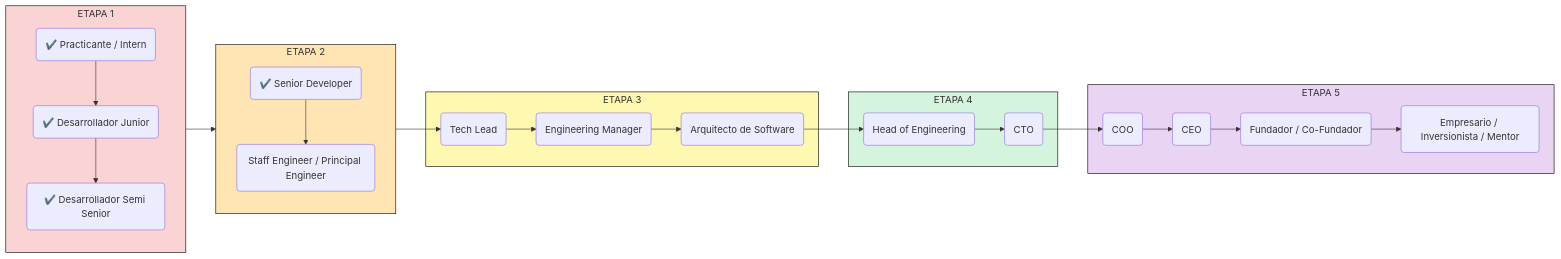
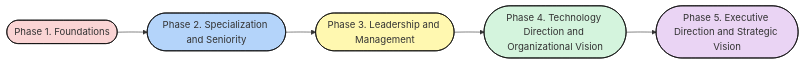
One commit to EdgarRangelInnovate/EdgarRangelInnovate changed the first of 11 diagrams in professional-path.md. Above: the diagram before and after it, drawn with Mermaid. The commit also changed other lines of this file and 3 other files, not shown here.

````diff
--- a/professional-path.md
+++ b/professional-path.md
@@ -1,57 +24,15 @@
 ```mermaid
-%%graph TD
 flowchart LR
-%%flowchart TD
-    subgraph Etapa1 [ETAPA 1]
-        direction TB
+    A([Phase 1. Foundations]) -->
+    B([Phase 2. Specialization and Seniority]) -->
+    C([Phase 3. Leadership and Management]) -->
+    D([Phase 4. Technology Direction and Organizational Vision]) -->
+    E([Phase 5. Executive Direction and Strategic Vision])
 
-        style Etapa1 fill:#FAD4D4,stroke:#000,stroke-width:1px
-
-        A1(✔️ Practicante / Intern)
-        A2(✔️ Desarrollador Junior)
-        A3(✔️ Desarrollador Semi Senior)
-    end
-
-    subgraph Etapa2 [ETAPA 2]
-        direction TB
-
-        style Etapa2 fill:#FFE5B4,stroke:#000,stroke-width:1px
-
-        B1(✔️ Senior Developer)
-        B2(Staff Engineer / Principal Engineer)
-    end
-
-    subgraph Etapa3 [ETAPA 3]
-        style Etapa3 fill:#FFF8B0,stroke:#000,stroke-width:1px
-        C1(Tech Lead) --> C2(Engineering Manager)
-        C2 --> C3(Arquitecto de Software)
-    end
-
-    subgraph Etapa4 [ETAPA 4]
-        style Etapa4 fill:#D4F4DD,stroke:#000,stroke-width:1px
-        D1(Head of Engineering) --> D2(CTO)
-    end
-
-    subgraph Etapa5 [ETAPA 5]
-        style Etapa5 fill:#EAD4F4,stroke:#000,stroke-width:1px
-        E1(COO) --> E2(CEO)
-        E2 --> E3(Fundador / Co-Fundador)
-        E3 --> E4(Empresario / Inversionista / Mentor)
-    end
-
-    %% Enlace entre nodos
-    A1 --> A2 --> A3
-    B1 --> B2
-
-    %% Enlaces entre etapas
-    A3 --> B1
-    B2 --> C1
-    C3 --> D1
-    D2 --> E1
-
-    %% Vinculos
-    click A1 "#/professional-path?id=practicante--intern-de-desarrollo-de-software" "Ir a Practicante"
-    click A2 "#/professional-path?id=desarrollador-junior-frontend-backend-o-fullstack" "Ir a Junior"
-    click A3 "#/professional-path?id=desarrollador-junior-frontend-backend-o-fullstack" "Ir a Semi-senior"
-    click B1 "#professional-path?id=etapa-2-especialización-y-seniority" "Ir a Senior"
+  %% Aplicar colores a cada nodo
+  style A fill:#FAD4D4,stroke:#000,stroke-width:1px
+  style B fill:#B4D4FA,stroke:#000,stroke-width:1px
+  style C fill:#FFF8B0,stroke:#000,stroke-width:1px
+  style D fill:#D4F4DD,stroke:#000,stroke-width:1px
+  style E fill:#EAD4F4,stroke:#000,stroke-width:1px
 ```
````
